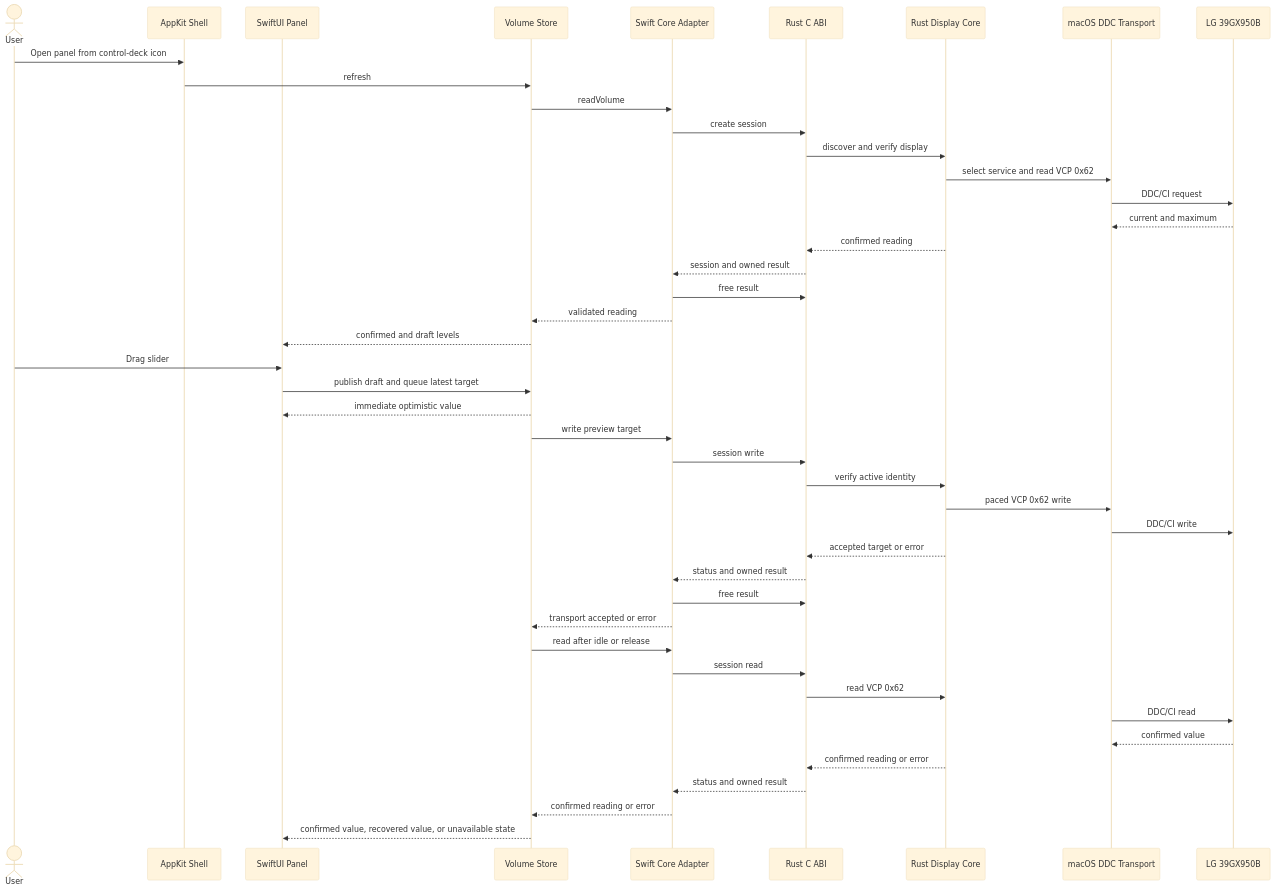
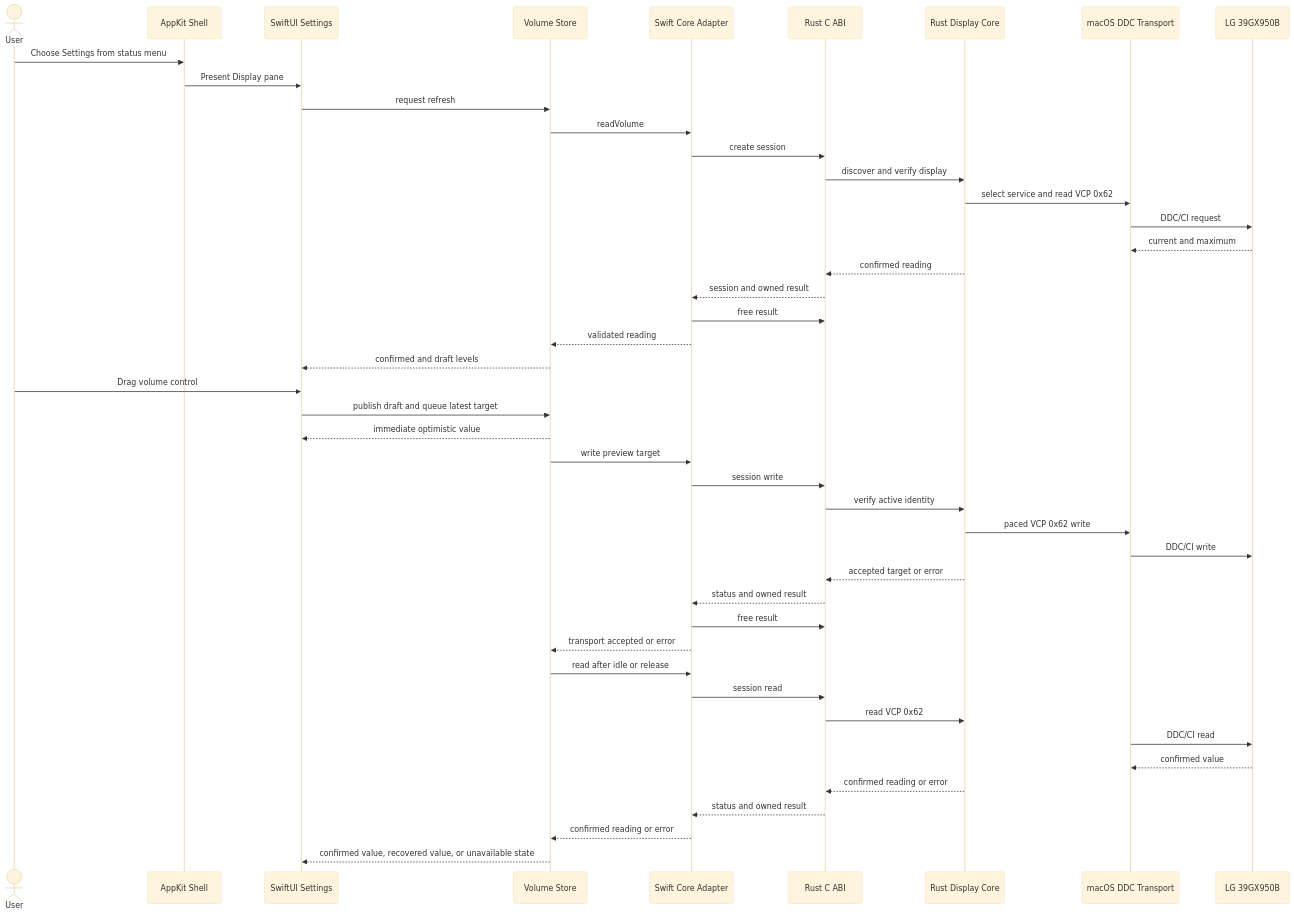
One commit to acg-box/deskhelm changed the first of 3 diagrams in openwiki/architecture-and-runtime.md. Above: the diagram before and after it, drawn with Mermaid (base theme). The commit also changed other lines of this file and 6 other files, not shown here.

Commit message:
{"schema":"decodex/commit/2","change":"Document native settings and menu workflows","authority":"manual","impact":"compatible"}

````diff
--- a/openwiki/architecture-and-runtime.md
+++ b/openwiki/architecture-and-runtime.md
@@ -35,47 +35,48 @@
 ```mermaid
 sequenceDiagram
     actor User
     participant Shell as AppKit Shell
-    participant Panel as SwiftUI Panel
+    participant Settings as SwiftUI Settings
     participant Store as Volume Store
     participant Adapter as Swift Core Adapter
     participant ABI as Rust C ABI
     participant Core as Rust Display Core
     participant Mac as macOS DDC Transport
     participant LG as LG 39GX950B
 
-    User->>Shell: Open panel from control-deck icon
-    Shell->>Store: refresh
+    User->>Shell: Choose Settings from status menu
+    Shell->>Settings: Present Display pane
+    Settings->>Store: request refresh
     Store->>Adapter: readVolume
     Adapter->>ABI: create session
     ABI->>Core: discover and verify display
     Core->>Mac: select service and read VCP 0x62
     Mac->>LG: DDC/CI request
     LG-->>Mac: current and maximum
     Core-->>ABI: confirmed reading
     ABI-->>Adapter: session and owned result
     Adapter->>ABI: free result
     Adapter-->>Store: validated reading
-    Store-->>Panel: confirmed and draft levels
-    User->>Panel: Drag slider
-    Panel->>Store: publish draft and queue latest target
-    Store-->>Panel: immediate optimistic value
+    Store-->>Settings: confirmed and draft levels
+    User->>Settings: Drag volume control
+    Settings->>Store: publish draft and queue latest target
+    Store-->>Settings: immediate optimistic value
     Store->>Adapter: write preview target
     Adapter->>ABI: session write
     ABI->>Core: verify active identity
     Core->>Mac: paced VCP 0x62 write
     Mac->>LG: DDC/CI write
     Core-->>ABI: accepted target or error
     ABI-->>Adapter: status and owned result
     Adapter->>ABI: free result
     Adapter-->>Store: transport accepted or error
     Store->>Adapter: read after idle or release
     Adapter->>ABI: session read
     ABI->>Core: read VCP 0x62
     Mac->>LG: DDC/CI read
     LG-->>Mac: confirmed value
     Core-->>ABI: confirmed reading or error
     ABI-->>Adapter: status and owned result
     Adapter-->>Store: confirmed reading or error
-    Store-->>Panel: confirmed value, recovered value, or unavailable state
+    Store-->>Settings: confirmed value, recovered value, or unavailable state
 ```
````
